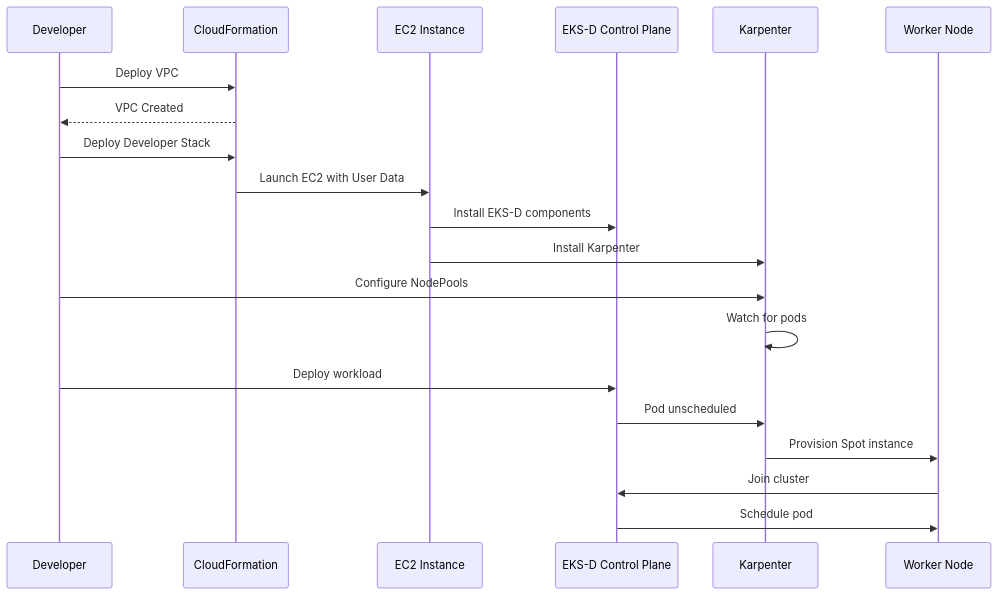
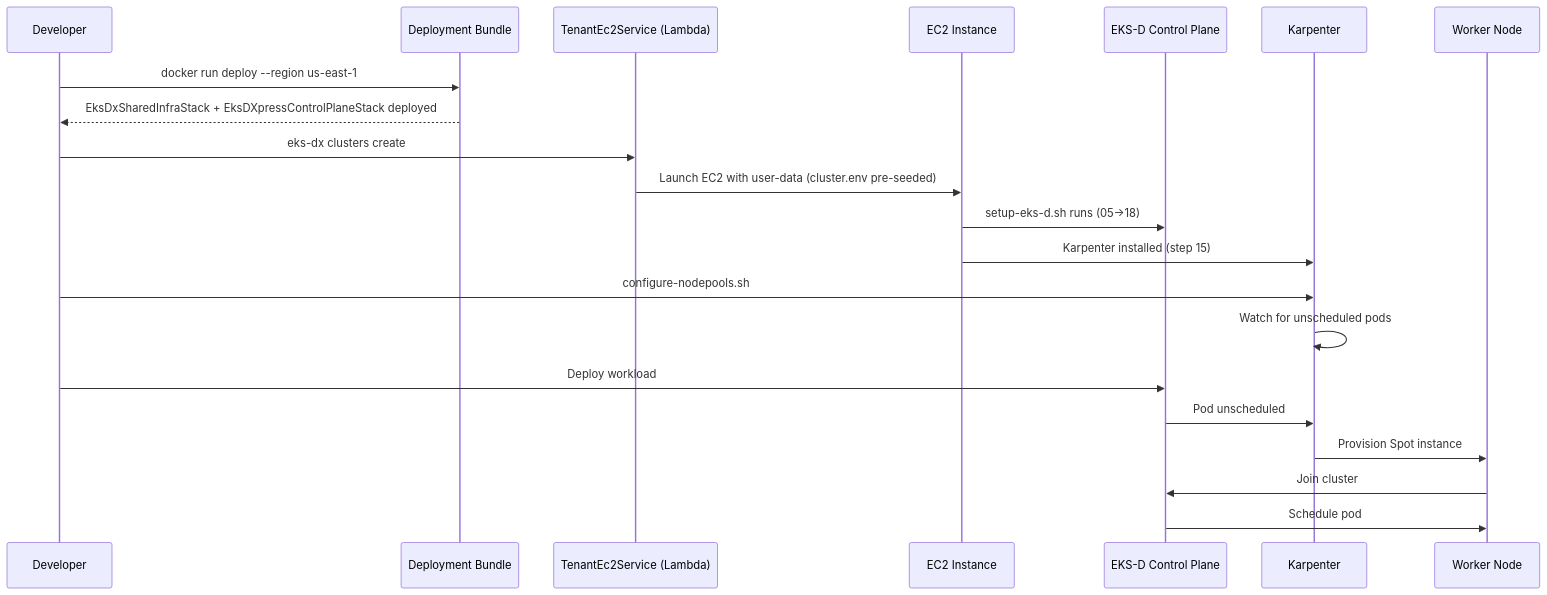
Before and after one commit to plasticity-of-cloud/eks-d-xpress: the third of 3 diagrams in docs/user-guides/architecture.md, drawn with Mermaid. The commit also changed 17 other files, not shown here.

````diff
--- a/docs/user-guides/architecture.md
+++ b/docs/user-guides/architecture.md
@@ -108,26 +108,27 @@
 ```mermaid
 sequenceDiagram
     participant Dev as Developer
-    participant CF as CloudFormation
+    participant Bundle as Deployment Bundle
+    participant Lambda as TenantEc2Service (Lambda)
     participant EC2 as EC2 Instance
     participant EKS as EKS-D Control Plane
     participant K as Karpenter
     participant Worker as Worker Node
-    
-    Dev->>CF: Deploy VPC
-    CF-->>Dev: VPC Created
-    
-    Dev->>CF: Deploy Developer Stack
-    CF->>EC2: Launch EC2 with User Data
-    EC2->>EKS: Install EKS-D components
-    EC2->>K: Install Karpenter
-    
-    Dev->>K: Configure NodePools
-    K->>K: Watch for pods
-    
+
+    Dev->>Bundle: docker run deploy --region us-east-1
+    Bundle-->>Dev: EksDxSharedInfraStack + EksDXpressControlPlaneStack deployed
+
+    Dev->>Lambda: eks-dx clusters create
+    Lambda->>EC2: Launch EC2 with user-data (cluster.env pre-seeded)
+    EC2->>EKS: setup-eks-d.sh runs (05→18)
+    EC2->>K: Karpenter installed (step 15)
+
+    Dev->>K: configure-nodepools.sh
+    K->>K: Watch for unscheduled pods
+
     Dev->>EKS: Deploy workload
     EKS->>K: Pod unscheduled
     K->>Worker: Provision Spot instance
     Worker->>EKS: Join cluster
     EKS->>Worker: Schedule pod
 ```
````
